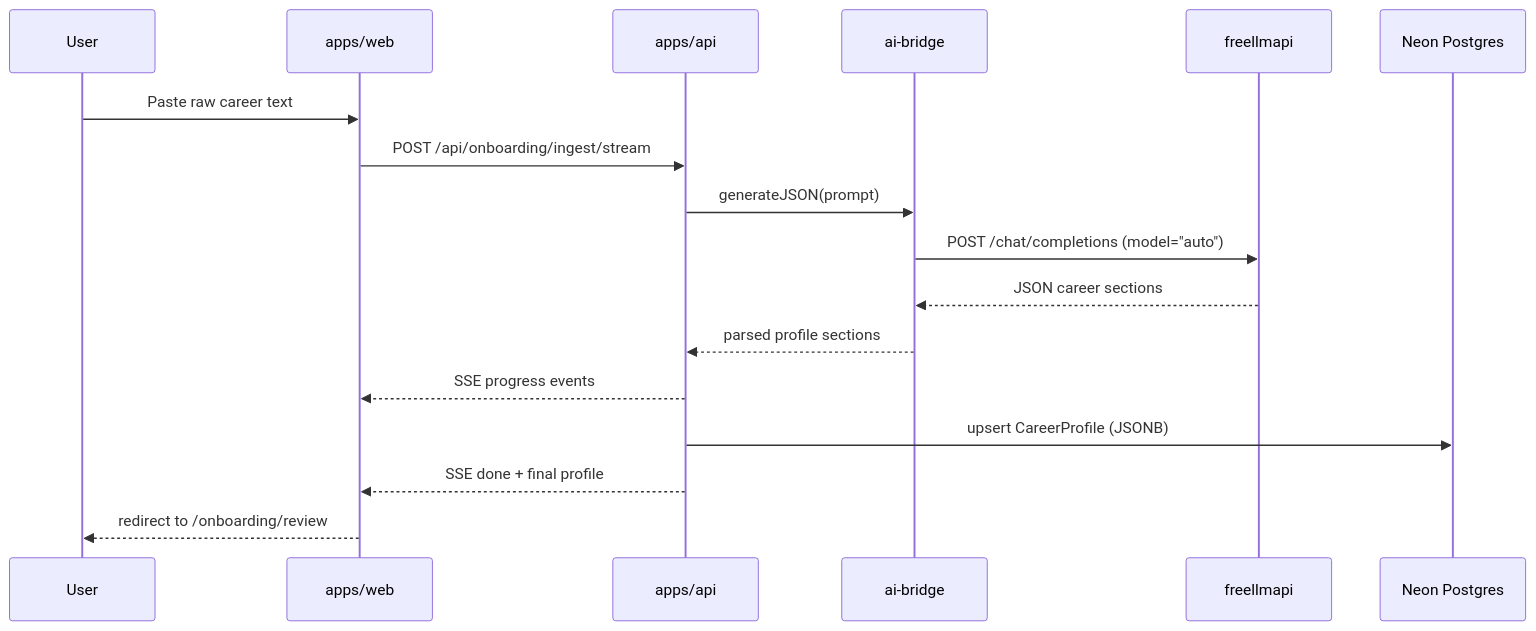
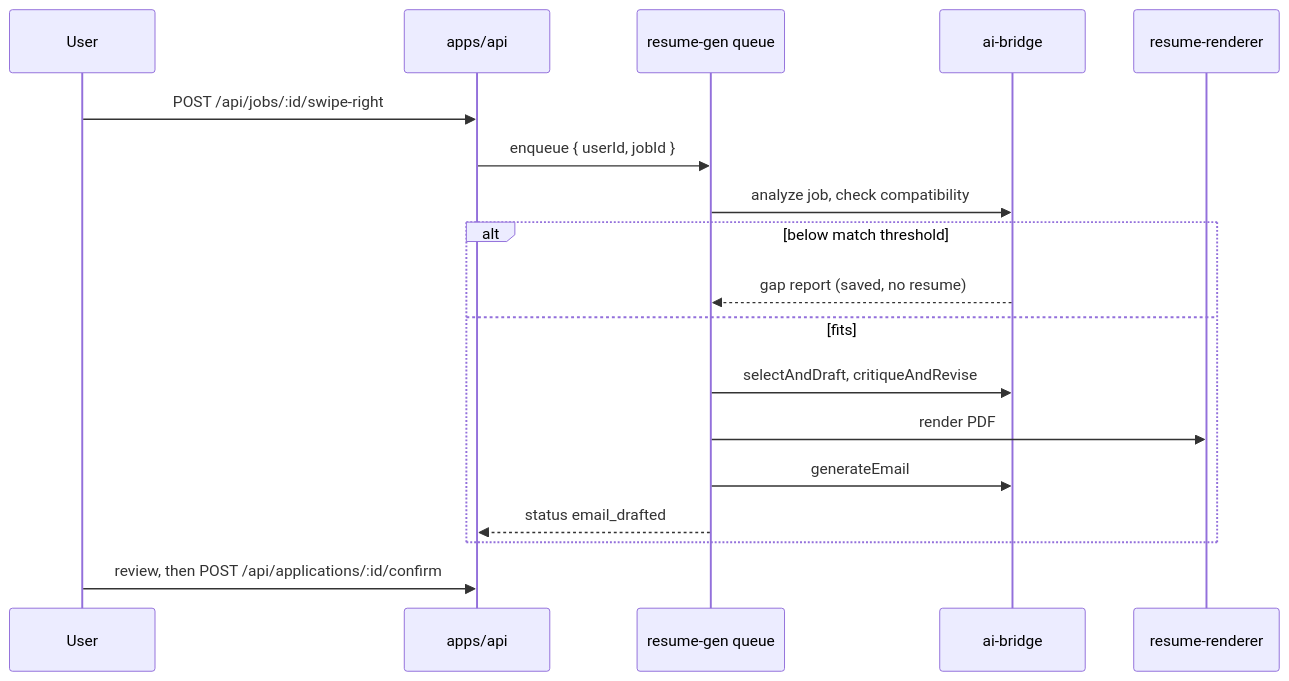
The second of 2 diagrams in README.md (yassine-krichen/resumiq-job-match-resume-engine), drawn with Mermaid before and after one commit. The commit also changed other lines of this file and 4 other files, not shown here.

````diff
--- a/README.md
+++ b/README.md
@@ -56,20 +74,21 @@
 ```mermaid
 sequenceDiagram
   participant U as User
-  participant W as apps/web
   participant A as apps/api
+  participant Q as resume-gen queue
   participant B as ai-bridge
-  participant L as freellmapi
-  participant D as Neon Postgres
+  participant R as resume-renderer
 
-  U->>W: Paste raw career text
-  W->>A: POST /api/onboarding/ingest/stream
-  A->>B: generateJSON(prompt)
-  B->>L: POST /chat/completions (model="auto")
-  L-->>B: JSON career sections
-  B-->>A: parsed profile sections
-  A-->>W: SSE progress events
-  A->>D: upsert CareerProfile (JSONB)
-  A-->>W: SSE done + final profile
-  W-->>U: redirect to /onboarding/review
+  U->>A: POST /api/jobs/:id/swipe-right
+  A->>Q: enqueue { userId, jobId }
+  Q->>B: analyze job, check compatibility
+  alt below match threshold
+    B-->>Q: gap report (saved, no resume)
+  else fits
+    Q->>B: selectAndDraft, critiqueAndRevise
+    Q->>R: render PDF
+    Q->>B: generateEmail
+    Q-->>A: status email_drafted
+  end
+  U->>A: review, then POST /api/applications/:id/confirm
 ```
````
